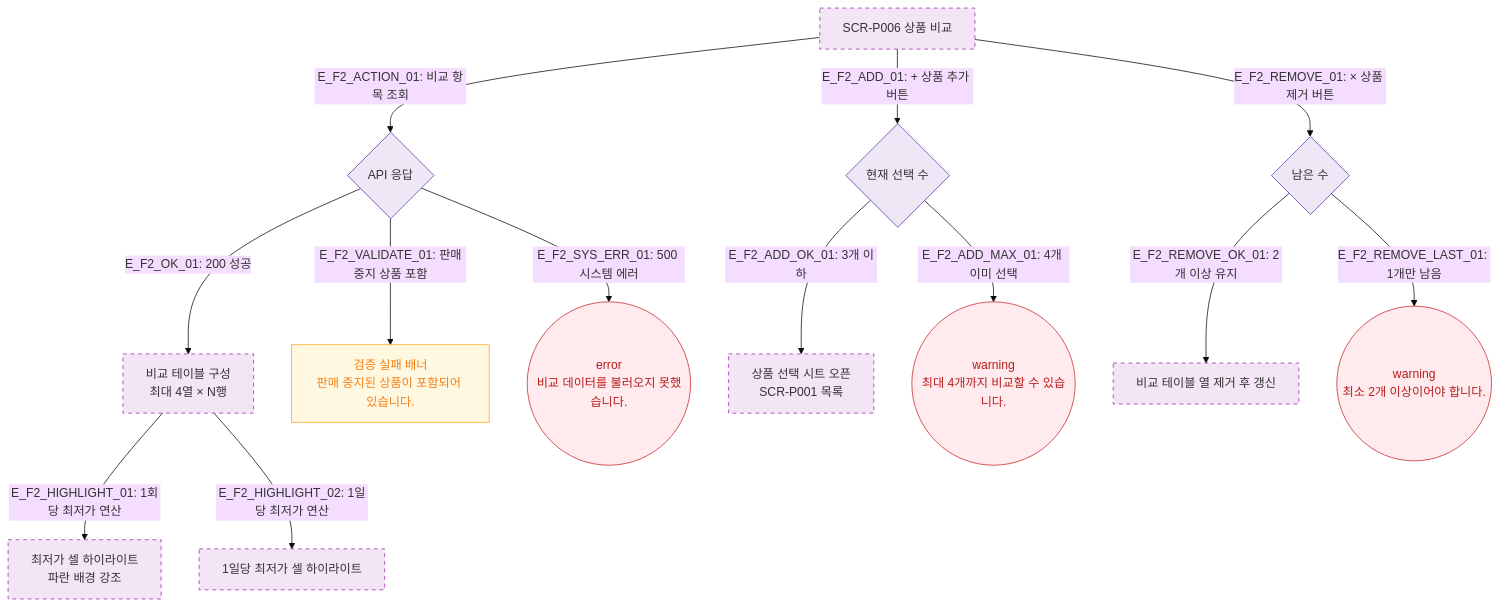
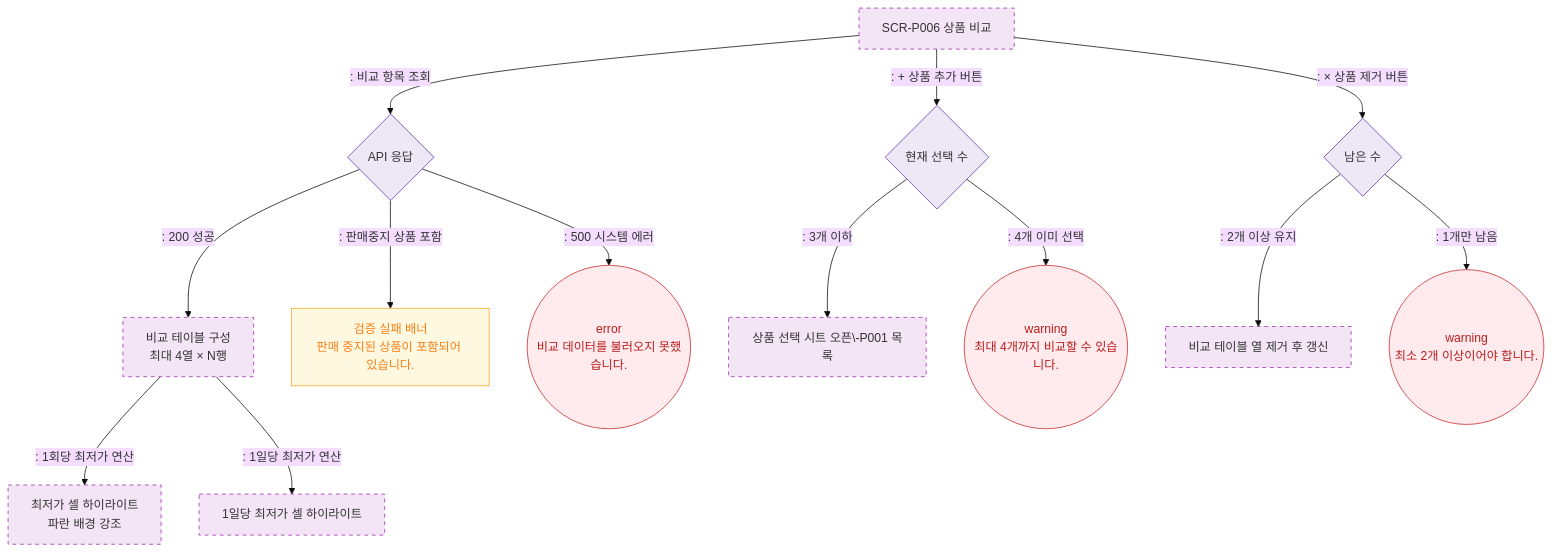
One commit to dev-spogym/admin-pando changed the diagram in docs/다이어그램/D05_상품관리/SCR-P006_상품비교/F2_메인인터랙션.md. Above: the diagram before and after it, drawn with Mermaid (base theme). The commit also changed other lines of this file and 1660 other files, not shown here.

First line of the commit message:
다이어그램: 기획자/클라이언트 납품본으로 정리

````diff
--- a/docs/다이어그램/D05_상품관리/SCR-P006_상품비교/F2_메인인터랙션.md
+++ b/docs/다이어그램/D05_상품관리/SCR-P006_상품비교/F2_메인인터랙션.md
@@ -23,32 +21,32 @@
 ```mermaid
 flowchart TD
     SCR_P006[SCR-P006 상품 비교]
 
-    SCR_P006 -->|"E_F2_ACTION_01: 비교 항목 조회"| CompareAPI{API 응답}
+    SCR_P006 -->|": 비교 항목 조회"|CompareAPI{API 응답}
 
-    CompareAPI -->|"E_F2_OK_01: 200 성공"| BuildTable[비교 테이블 구성\n최대 4열 × N행]
-    CompareAPI -->|"E_F2_VALIDATE_01: 판매중지 상품 포함"| ValidationFail[검증 실패 배너\n판매 중지된 상품이 포함되어 있습니다.]
-    CompareAPI -->|"E_F2_SYS_ERR_01: 500 시스템 에러"| SysErr((error\n비교 데이터를 불러오지 못했습니다.))
+    CompareAPI -->|": 200 성공"|BuildTable[비교 테이블 구성\n최대 4열 × N행]
+    CompareAPI -->|": 판매중지 상품 포함"|ValidationFail[검증 실패 배너\n판매 중지된 상품이 포함되어 있습니다.]
+    CompareAPI -->|": 500 시스템 에러"|SysErr((error\n비교 데이터를 불러오지 못했습니다.))
 
-    BuildTable -->|"E_F2_HIGHLIGHT_01: 1회당 최저가 연산"| HighlightPrice[최저가 셀 하이라이트\n파란 배경 강조]
-    BuildTable -->|"E_F2_HIGHLIGHT_02: 1일당 최저가 연산"| HighlightDay[1일당 최저가 셀 하이라이트]
+    BuildTable -->|": 1회당 최저가 연산"|HighlightPrice[최저가 셀 하이라이트\n파란 배경 강조]
+    BuildTable -->|": 1일당 최저가 연산"|HighlightDay[1일당 최저가 셀 하이라이트]
 
-    SCR_P006 -->|"E_F2_ADD_01: + 상품 추가 버튼"| AddProduct{현재 선택 수}
-    AddProduct -->|"E_F2_ADD_OK_01: 3개 이하"| SelectSheet[상품 선택 시트 오픈\nSCR-P001 목록]
-    AddProduct -->|"E_F2_ADD_MAX_01: 4개 이미 선택"| WarnMax((warning\n최대 4개까지 비교할 수 있습니다.))
+    SCR_P006 -->|": + 상품 추가 버튼"|AddProduct{현재 선택 수}
+    AddProduct -->|": 3개 이하"|SelectSheet[상품 선택 시트 오픈\-P001 목록]
+    AddProduct -->|": 4개 이미 선택"|WarnMax((warning\n최대 4개까지 비교할 수 있습니다.))
 
-    SCR_P006 -->|"E_F2_REMOVE_01: × 상품 제거 버튼"| RemoveProduct{남은 수}
-    RemoveProduct -->|"E_F2_REMOVE_OK_01: 2개 이상 유지"| UpdateTable[비교 테이블 열 제거 후 갱신]
-    RemoveProduct -->|"E_F2_REMOVE_LAST_01: 1개만 남음"| WarnMin((warning\n최소 2개 이상이어야 합니다.))
+    SCR_P006 -->|": × 상품 제거 버튼"|RemoveProduct{남은 수}
+    RemoveProduct -->|": 2개 이상 유지"|UpdateTable[비교 테이블 열 제거 후 갱신]
+    RemoveProduct -->|": 1개만 남음"|WarnMin((warning\n최소 2개 이상이어야 합니다.))
 
     classDef screen fill:#F3E5F5,stroke:#9C27B0,stroke-dasharray:5 5
     classDef newFeature fill:#F3E5F5,stroke:#9C27B0,stroke-dasharray:5 5
     classDef warning fill:#FFF8E1,stroke:#F9A825,color:#F57F17
     classDef error fill:#FFEBEE,stroke:#C62828,color:#B71C1C
     classDef system fill:#EDE7F6,stroke:#5E35B2
     classDef success fill:#E8F5E9,stroke:#2E7D32,color:#1B5E20
     class SCR_P006,BuildTable,UpdateTable,HighlightPrice,HighlightDay,SelectSheet newFeature
     class ValidationFail warning
     class SysErr,WarnMax,WarnMin error
     class CompareAPI,AddProduct,RemoveProduct system
 ```
````
